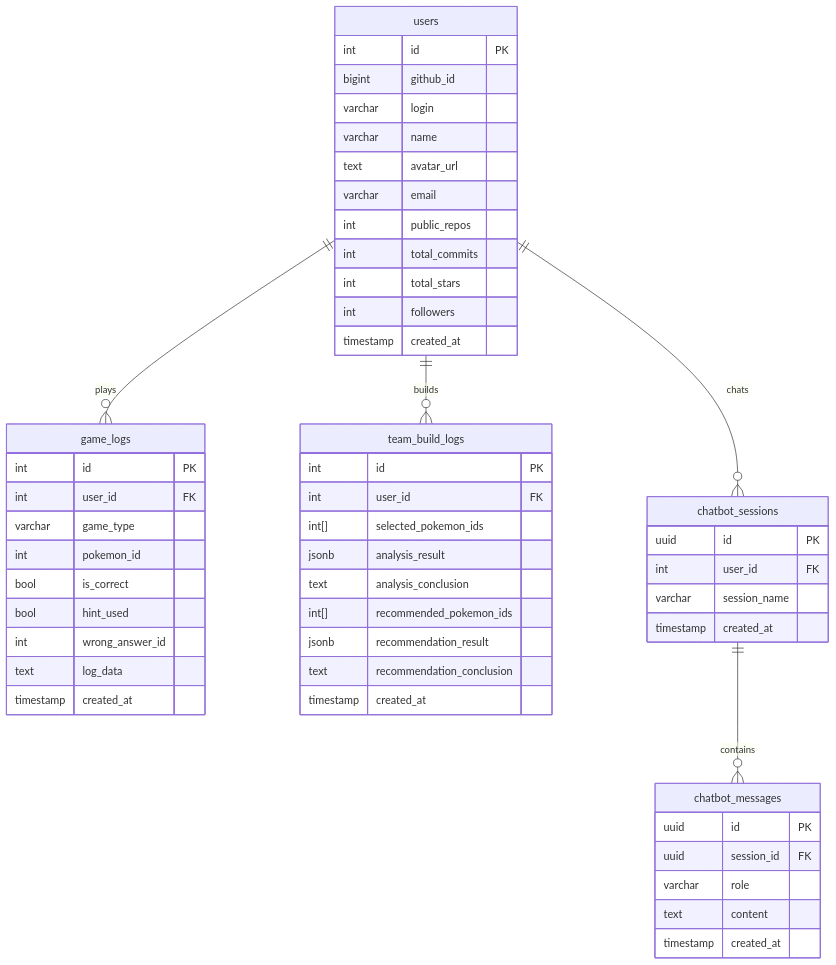
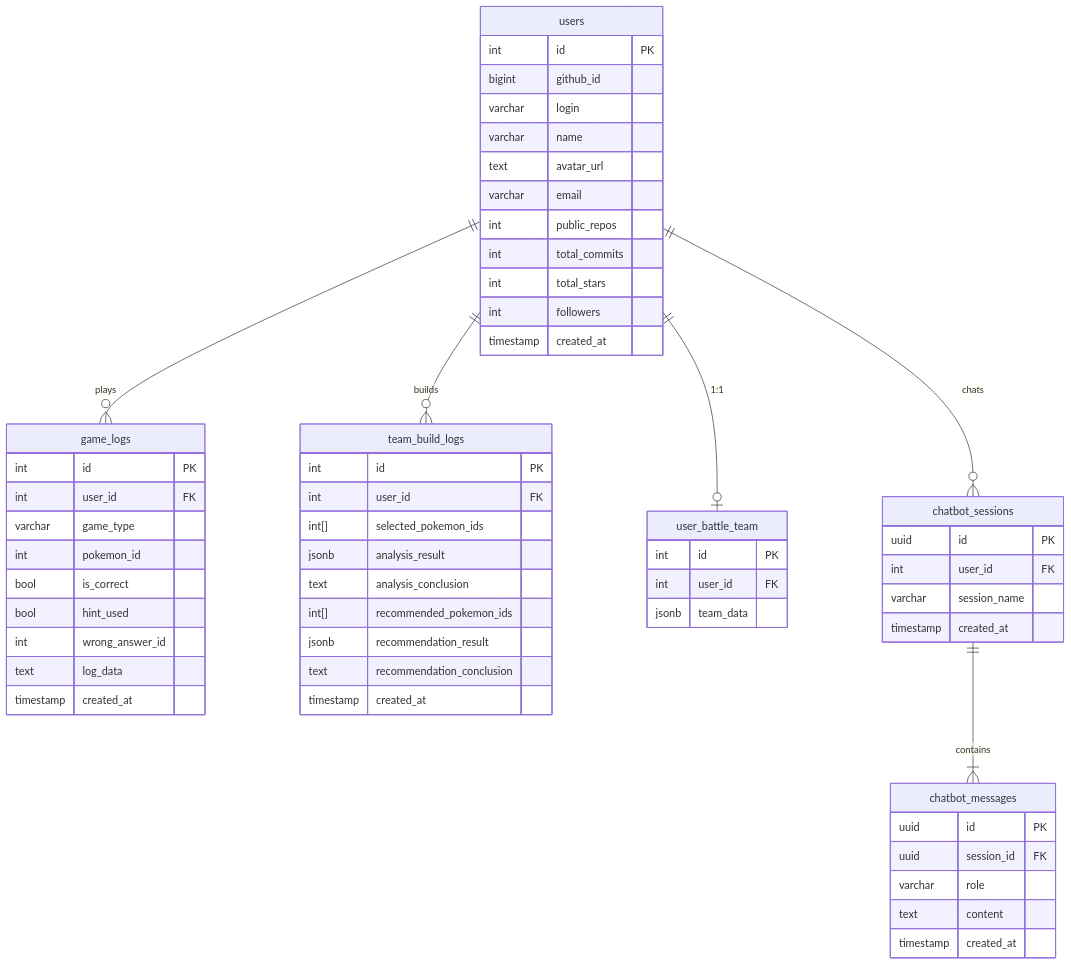
Before and after one commit to SKNETWORKS-FAMILY-AICAMP/SKN27-3rd-3TEAM: the third of 4 diagrams in wiki/Database.md, drawn with Mermaid. The commit also changed other lines of this file and 13 other files, not shown here.

````diff
--- a/wiki/Database.md
+++ b/wiki/Database.md
@@ -9,60 +170,62 @@
 ```mermaid
 erDiagram
     users {
         int id PK
         bigint github_id
         varchar login
         varchar name
         text avatar_url
         varchar email
         int public_repos
         int total_commits
         int total_stars
         int followers
         timestamp created_at
     }
-
     game_logs {
         int id PK
         int user_id FK
         varchar game_type
         int pokemon_id
         bool is_correct
         bool hint_used
         int wrong_answer_id
         text log_data
         timestamp created_at
     }
-
     team_build_logs {
         int id PK
         int user_id FK
         int[] selected_pokemon_ids
         jsonb analysis_result
         text analysis_conclusion
         int[] recommended_pokemon_ids
         jsonb recommendation_result
         text recommendation_conclusion
         timestamp created_at
     }
-
+    user_battle_team {
+        int id PK
+        int user_id FK
+        jsonb team_data
+    }
     chatbot_sessions {
         uuid id PK
         int user_id FK
         varchar session_name
         timestamp created_at
     }
-
     chatbot_messages {
         uuid id PK
         uuid session_id FK
         varchar role
         text content
         timestamp created_at
     }
 
     users ||--o{ game_logs : "plays"
     users ||--o{ team_build_logs : "builds"
+    users ||--o| user_battle_team : "1:1"
     users ||--o{ chatbot_sessions : "chats"
-    chatbot_sessions ||--o{ chatbot_messages : "contains"
+    chatbot_sessions ||--|{ chatbot_messages : "contains"
 ```
````
